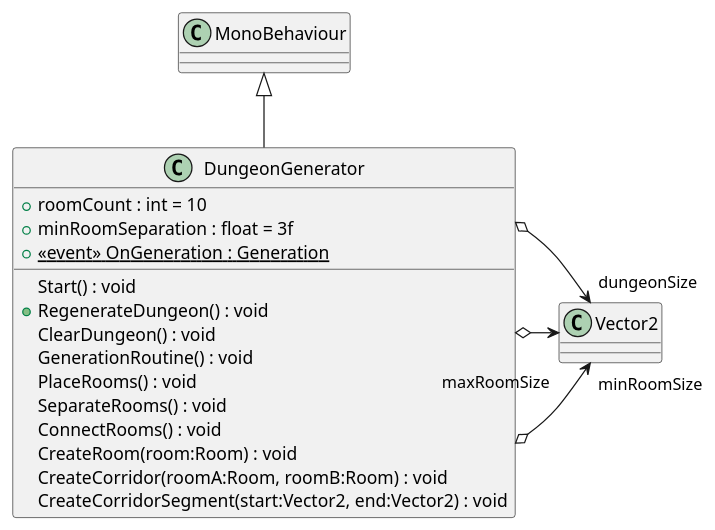
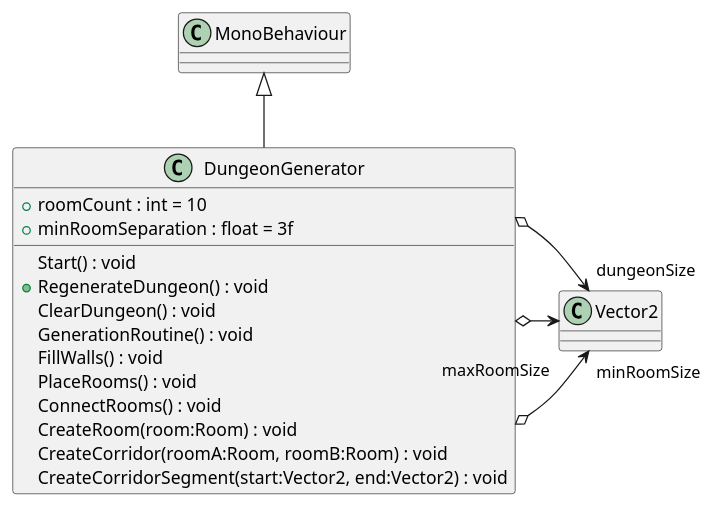
Before and after one commit to mysteryfungus/DungeonGeneratorUnity: the diagram in UML/DungeonGeneration/DungeonGenerator.puml, drawn with PlantUML. The commit also changed 61 other files, not shown here.

Commit message:
Generate UML (Generate UML)

```diff
--- a/UML/DungeonGeneration/DungeonGenerator.puml
+++ b/UML/DungeonGeneration/DungeonGenerator.puml
@@ -1,21 +1,20 @@
 @startuml
 class DungeonGenerator {
     + roomCount : int = 10
     + minRoomSeparation : float = 3f
-    + {static}  <<event>> OnGeneration : Generation 
     Start() : void
     + RegenerateDungeon() : void
     ClearDungeon() : void
     GenerationRoutine() : void
+    FillWalls() : void
     PlaceRooms() : void
-    SeparateRooms() : void
     ConnectRooms() : void
     CreateRoom(room:Room) : void
     CreateCorridor(roomA:Room, roomB:Room) : void
     CreateCorridorSegment(start:Vector2, end:Vector2) : void
 }
 MonoBehaviour <|-- DungeonGenerator
 DungeonGenerator o-> "minRoomSize" Vector2
 DungeonGenerator o-> "maxRoomSize" Vector2
 DungeonGenerator o-> "dungeonSize" Vector2
 @enduml
```
